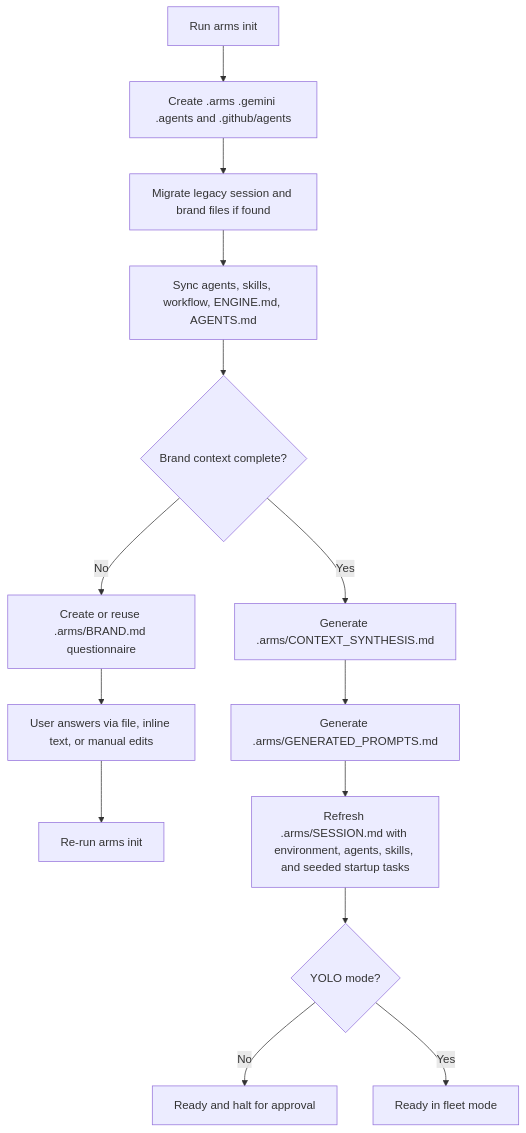
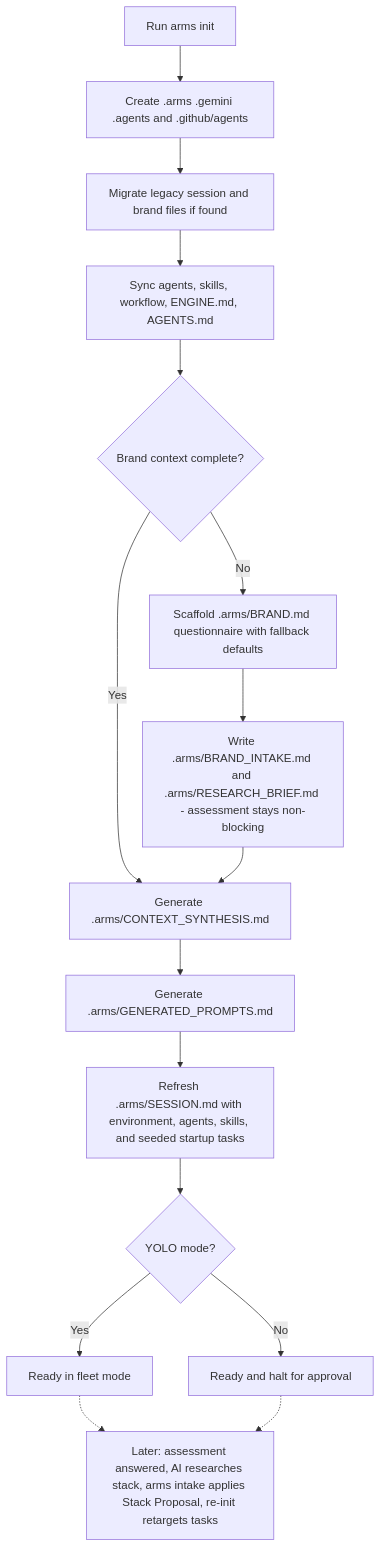
Before and after one commit to imjohnlouie04/Arms-Engine: the diagram in README.md, drawn with Mermaid. The commit also changed other lines of this file and 26 other files, not shown here.

````diff
--- a/README.md
+++ b/README.md
@@ -20,16 +20,18 @@
 ```mermaid
 flowchart TD
     A[Run arms init] --> B[Create .arms .gemini .agents and .github/agents]
     B --> C[Migrate legacy session and brand files if found]
     C --> D[Sync agents, skills, workflow, ENGINE.md, AGENTS.md]
     D --> E{Brand context complete?}
-    E -- No --> F[Create or reuse .arms/BRAND.md questionnaire]
-    F --> G[User answers via file, inline text, or manual edits]
-    G --> H[Re-run arms init]
+    E -- No --> F[Scaffold .arms/BRAND.md questionnaire with fallback defaults]
+    F --> G[Write .arms/BRAND_INTAKE.md and .arms/RESEARCH_BRIEF.md - assessment stays non-blocking]
     E -- Yes --> I[Generate .arms/CONTEXT_SYNTHESIS.md]
+    G --> I
     I --> J[Generate .arms/GENERATED_PROMPTS.md]
     J --> K[Refresh .arms/SESSION.md with environment, agents, skills, and seeded startup tasks]
     K --> L{YOLO mode?}
     L -- No --> M[Ready and halt for approval]
     L -- Yes --> N[Ready in fleet mode]
+    N -.-> O[Later: assessment answered, AI researches stack, arms intake applies Stack Proposal, re-init retargets tasks]
+    M -.-> O
 ```
````
